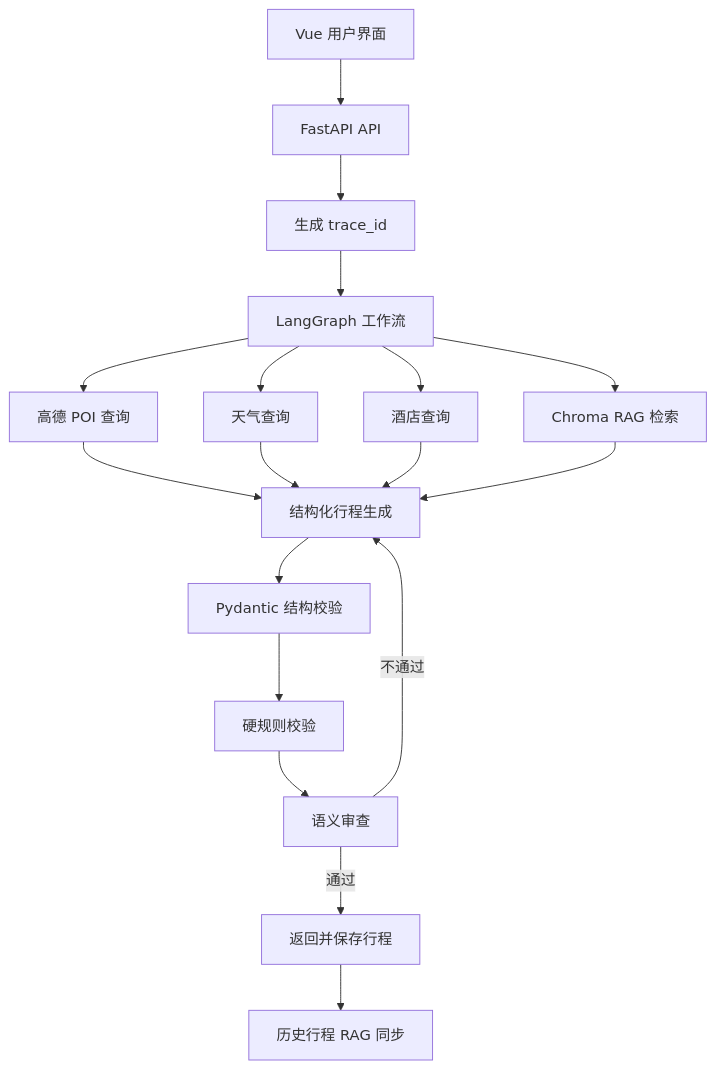
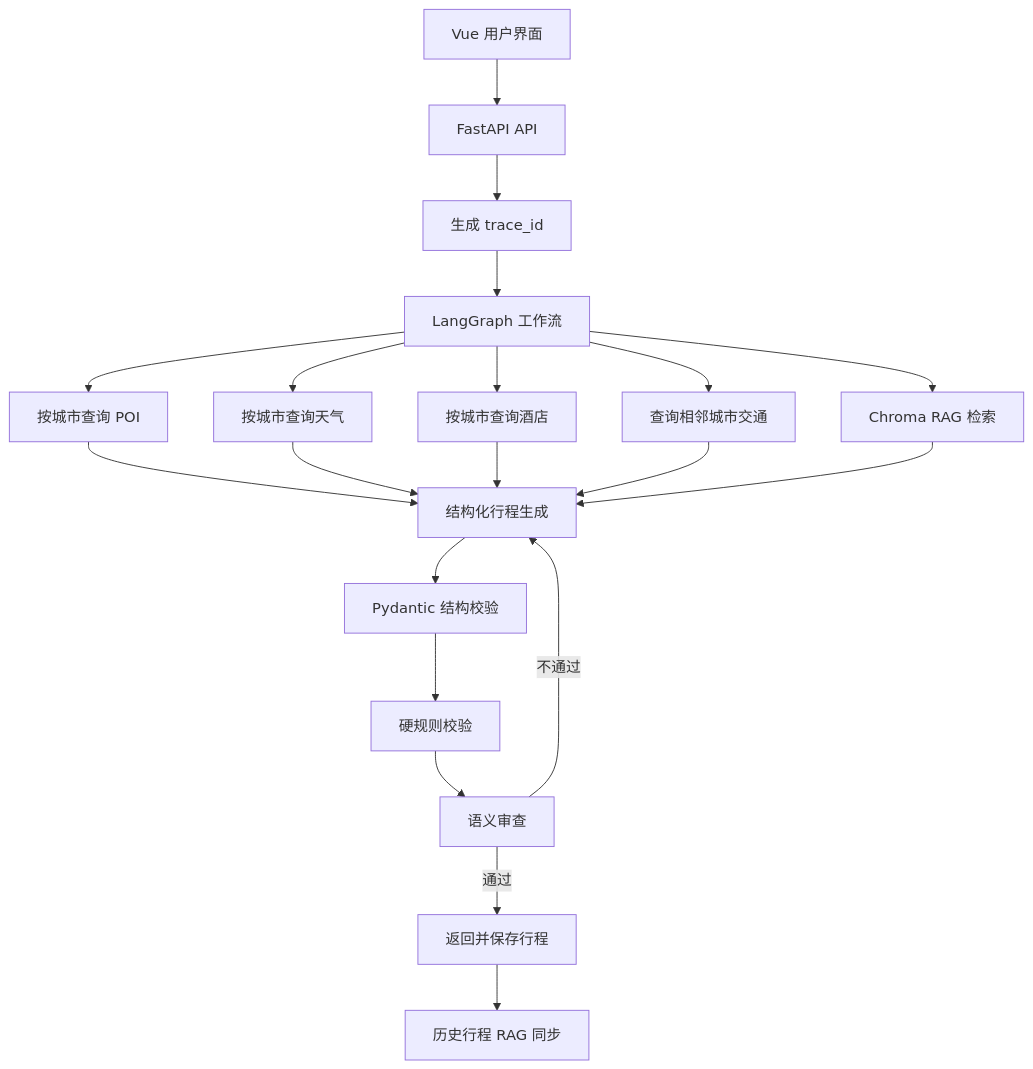
Before and after one commit to yzy051008/trip-planner: the diagram in README.md, drawn with Mermaid. The commit also changed other lines of this file and 32 other files, not shown here.

````diff
--- a/README.md
+++ b/README.md
@@ -46,20 +48,22 @@
 ```mermaid
 flowchart TD
     A[Vue 用户界面] --> B[FastAPI API]
     B --> C[生成 trace_id]
     C --> D[LangGraph 工作流]
-    D --> E[高德 POI 查询]
-    D --> F[天气查询]
-    D --> G[酒店查询]
-    D --> H[Chroma RAG 检索]
-    E --> I[结构化行程生成]
-    F --> I
-    G --> I
-    H --> I
-    I --> J[Pydantic 结构校验]
-    J --> K[硬规则校验]
-    K --> L[语义审查]
-    L -->|通过| M[返回并保存行程]
-    L -->|不通过| I
-    M --> N[历史行程 RAG 同步]
+    D --> E[按城市查询 POI]
+    D --> F[按城市查询天气]
+    D --> G[按城市查询酒店]
+    D --> H[查询相邻城市交通]
+    D --> I[Chroma RAG 检索]
+    E --> J[结构化行程生成]
+    F --> J
+    G --> J
+    H --> J
+    I --> J
+    J --> K[Pydantic 结构校验]
+    K --> L[硬规则校验]
+    L --> M[语义审查]
+    M -->|通过| N[返回并保存行程]
+    M -->|不通过| J
+    N --> O[历史行程 RAG 同步]
 ```
````
